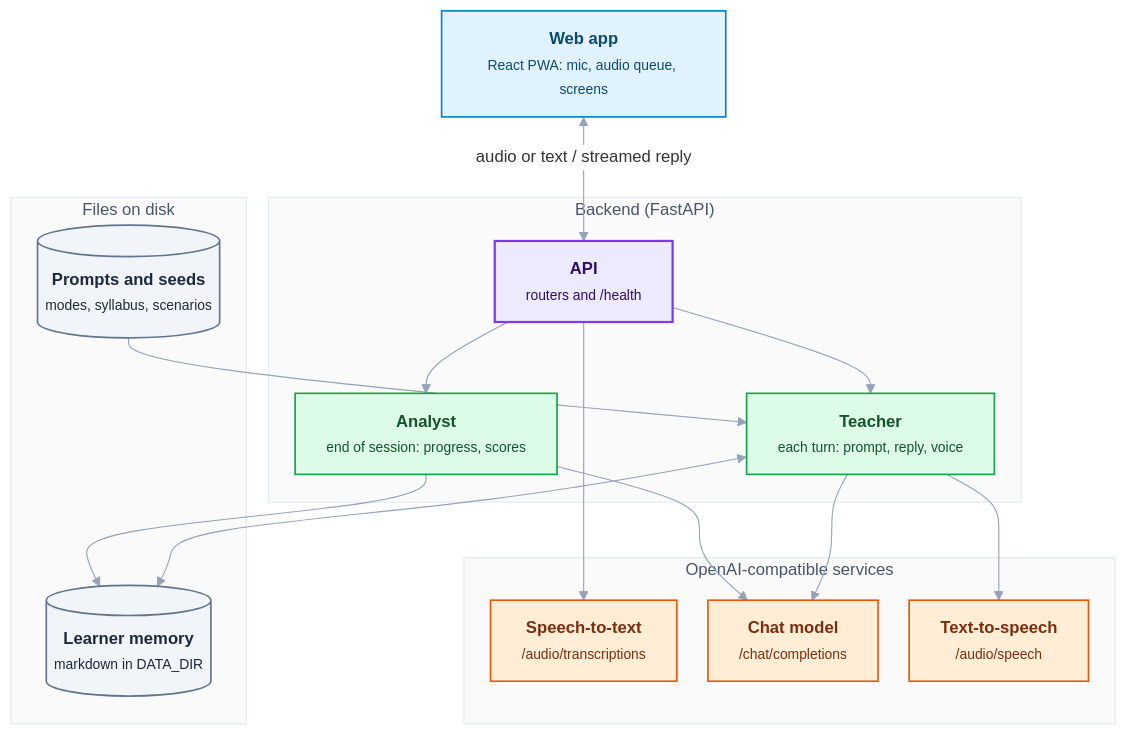
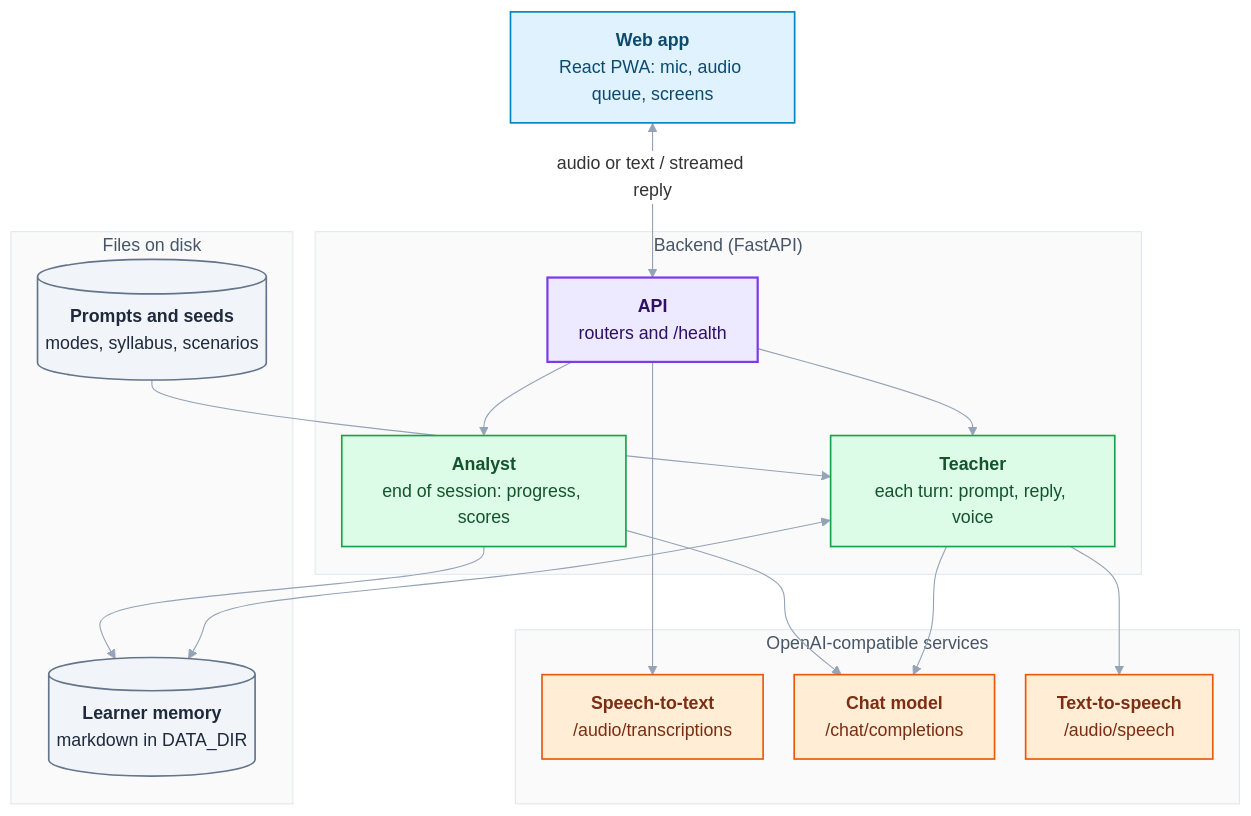
One commit to isa-aguilar/poligloti changed the first of 2 diagrams in docs/architecture.md. Above: the diagram before and after it, drawn with Mermaid. The commit also changed other lines of this file and 1 other file, not shown here.

Commit message:
docs: fix clipped diagram labels on GitHub
GitHub renders <small> at full size but mermaid sized the boxes for it,
so subtitles were cut. Plain labels and the default font measure right.

````diff
--- a/docs/architecture.md
+++ b/docs/architecture.md
@@ -12,39 +12,39 @@
 ```mermaid
-%%{init: {"theme":"base","themeVariables":{"fontFamily":"Inter, Helvetica, Arial, sans-serif","fontSize":"15px","lineColor":"#94A3B8","clusterBkg":"#FAFAFA","clusterBorder":"#E2E8F0","titleColor":"#475569","edgeLabelBackground":"#FFFFFF"},"flowchart":{"curve":"basis","nodeSpacing":28,"rankSpacing":50,"padding":14}}}%%
+%%{init: {"theme":"base","themeVariables":{"lineColor":"#94A3B8","clusterBkg":"#FAFAFA","clusterBorder":"#E2E8F0","titleColor":"#475569","edgeLabelBackground":"#FFFFFF"},"flowchart":{"curve":"basis","nodeSpacing":28,"rankSpacing":50,"padding":14}}}%%
 flowchart TB
     classDef user fill:#E0F2FE,stroke:#0284C7,stroke-width:1.5px,color:#0C4A6E
     classDef actor fill:#DCFCE7,stroke:#16A34A,stroke-width:1.5px,color:#14532D
     classDef hub fill:#EDE9FE,stroke:#7C3AED,stroke-width:2px,color:#2E1065
     classDef model fill:#FFEDD5,stroke:#EA580C,stroke-width:1.5px,color:#7C2D12
     classDef data fill:#F1F5F9,stroke:#64748B,stroke-width:1.5px,color:#1E293B
 
-    web["<b>Web app</b><br/><small>React PWA: mic, audio queue, screens</small>"]:::user
+    web["<b>Web app</b><br/>React PWA: mic, audio queue, screens"]:::user
 
     subgraph backend["Backend (FastAPI)"]
-        api["<b>API</b><br/><small>routers and /health</small>"]:::hub
-        teacher["<b>Teacher</b><br/><small>each turn: prompt, reply, voice</small>"]:::actor
-        analyst["<b>Analyst</b><br/><small>end of session: progress, scores</small>"]:::actor
+        api["<b>API</b><br/>routers and /health"]:::hub
+        teacher["<b>Teacher</b><br/>each turn: prompt, reply, voice"]:::actor
+        analyst["<b>Analyst</b><br/>end of session: progress, scores"]:::actor
     end
 
     subgraph files["Files on disk"]
-        prompts[("<b>Prompts and seeds</b><br/><small>modes, syllabus, scenarios</small>")]:::data
-        memory[("<b>Learner memory</b><br/><small>markdown in DATA_DIR</small>")]:::data
+        prompts[("<b>Prompts and seeds</b><br/>modes, syllabus, scenarios")]:::data
+        memory[("<b>Learner memory</b><br/>markdown in DATA_DIR")]:::data
     end
 
     subgraph ai["OpenAI-compatible services"]
-        stt["<b>Speech-to-text</b><br/><small>/audio/transcriptions</small>"]:::model
-        chat["<b>Chat model</b><br/><small>/chat/completions</small>"]:::model
-        tts["<b>Text-to-speech</b><br/><small>/audio/speech</small>"]:::model
+        stt["<b>Speech-to-text</b><br/>/audio/transcriptions"]:::model
+        chat["<b>Chat model</b><br/>/chat/completions"]:::model
+        tts["<b>Text-to-speech</b><br/>/audio/speech"]:::model
     end
 
     web <-- "audio or text / streamed reply" --> api
     api --> teacher
     api --> analyst
     api --> stt
     teacher --> chat
     teacher --> tts
     analyst --> chat
     prompts --> teacher
     teacher <--> memory
     analyst --> memory
 ```
````
